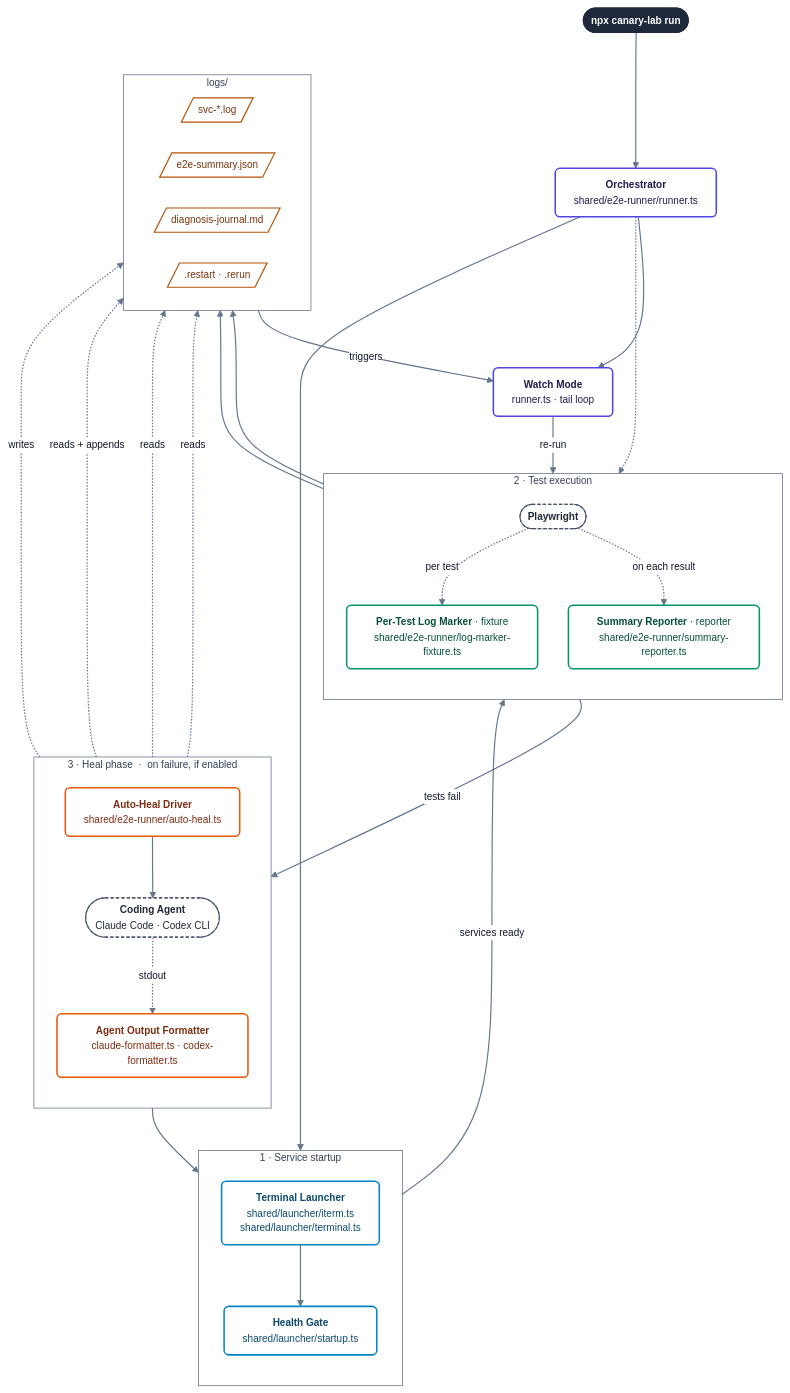
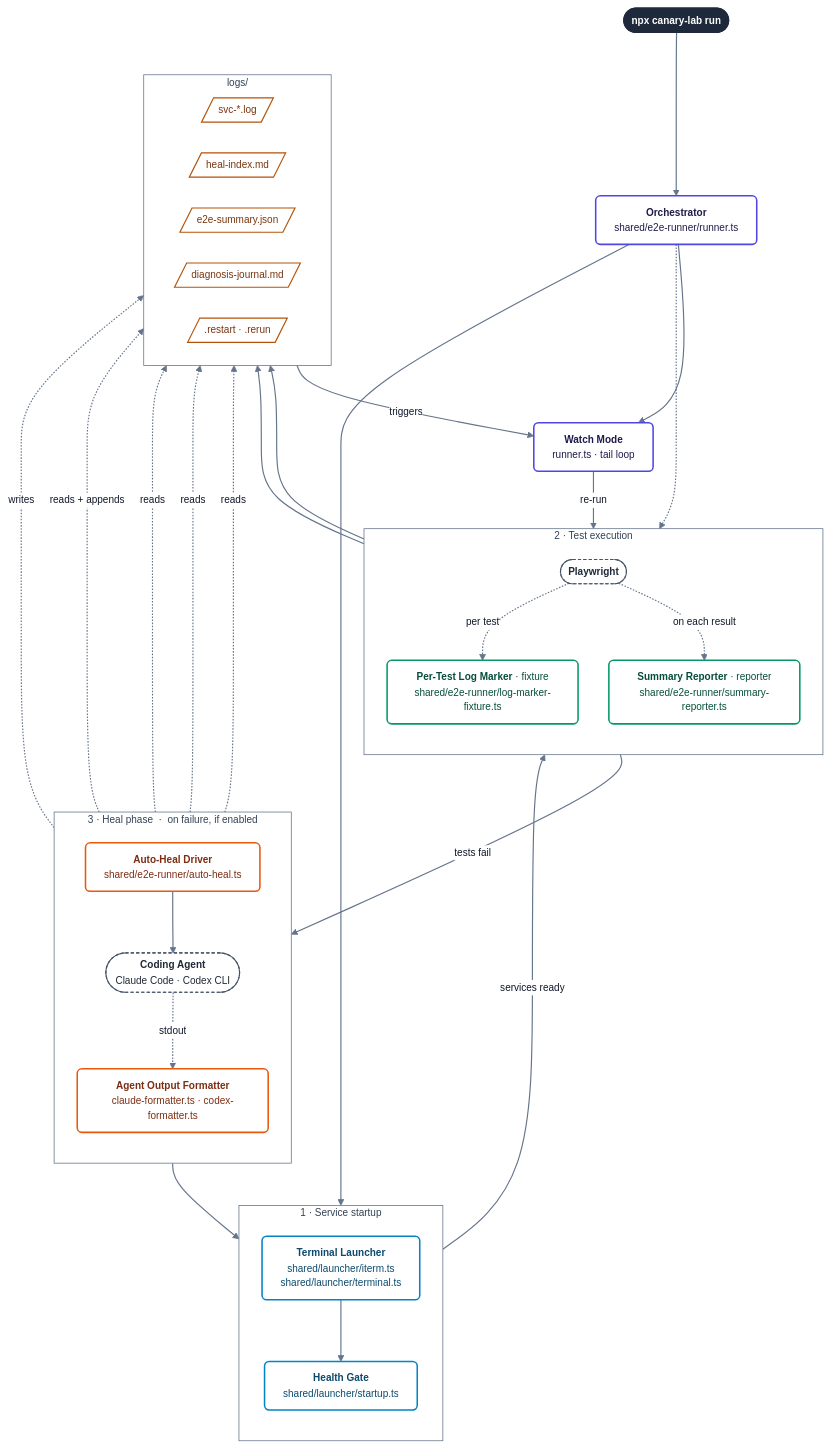
One commit to ferterahadi/canary-lab changed the second of 2 diagrams in README.md. Above: the diagram before and after it, drawn with Mermaid. The commit also changed other lines of this file, not shown here.

Commit message:
docs: update README to clarify Canary Lab's multi-service orchestration and agent-assisted debugging features

```diff
--- a/README.md
+++ b/README.md
@@ -255,6 +253,7 @@
     subgraph artifacts["&nbsp;logs/&nbsp;"]
         direction LR
         svclog[/"svc-*.log"/]:::artifact
+        healindex[/"heal-index.md"/]:::artifact
         summaryjson[/"e2e-summary.json"/]:::artifact
         journal[/"diagnosis-journal.md"/]:::artifact
         signals[/".restart · .rerun"/]:::artifact
@@ -276,6 +275,7 @@
     autoHeal --> launcher
     autoHeal --> agent
     agent -.->|stdout| formatter
+    agent -.->|reads| healindex
     agent -.->|reads| summaryjson
     agent -.->|reads| svclog
     agent -.->|reads + appends| journal
```
